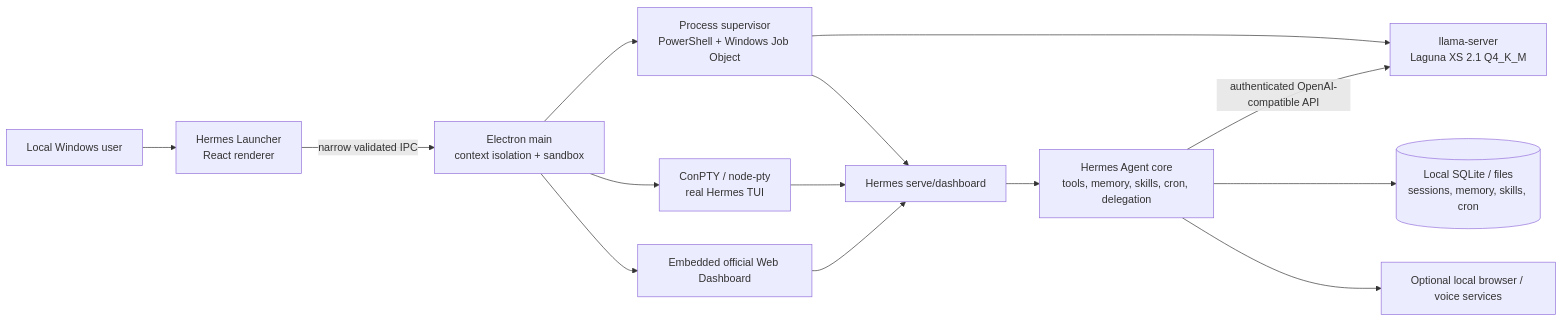
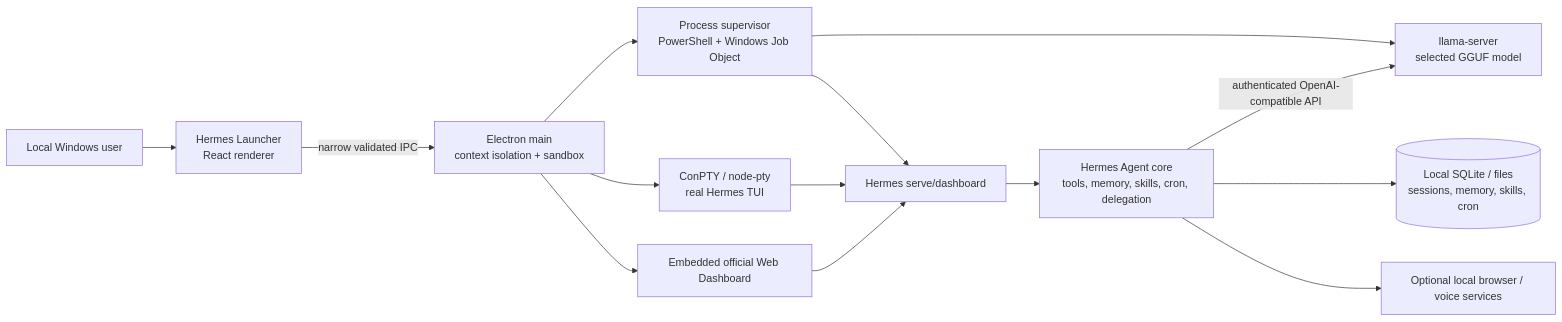
The first of 2 diagrams in docs/ARCHITECTURE.md (xdCloudy/Hermes-Local), drawn with Mermaid before and after one commit. The commit also changed other lines of this file and 46 other files, not shown here.

````diff
--- a/docs/ARCHITECTURE.md
+++ b/docs/ARCHITECTURE.md
@@ -5,16 +5,16 @@
 ```mermaid
 flowchart LR
   U["Local Windows user"] --> R["Hermes Launcher<br/>React renderer"]
   R -->|"narrow validated IPC"| E["Electron main<br/>context isolation + sandbox"]
   E --> P["Process supervisor<br/>PowerShell + Windows Job Object"]
   E --> T["ConPTY / node-pty<br/>real Hermes TUI"]
   E --> D["Embedded official Web Dashboard"]
-  P --> L["llama-server<br/>Laguna XS 2.1 Q4_K_M"]
+  P --> L["llama-server<br/>selected GGUF model"]
   P --> H["Hermes serve/dashboard"]
   T --> H
   D --> H
   H --> A["Hermes Agent core<br/>tools, memory, skills, cron, delegation"]
   A -->|"authenticated OpenAI-compatible API"| L
   A --> S[("Local SQLite / files<br/>sessions, memory, skills, cron")]
   A --> B["Optional local browser / voice services"]
 ```
````
